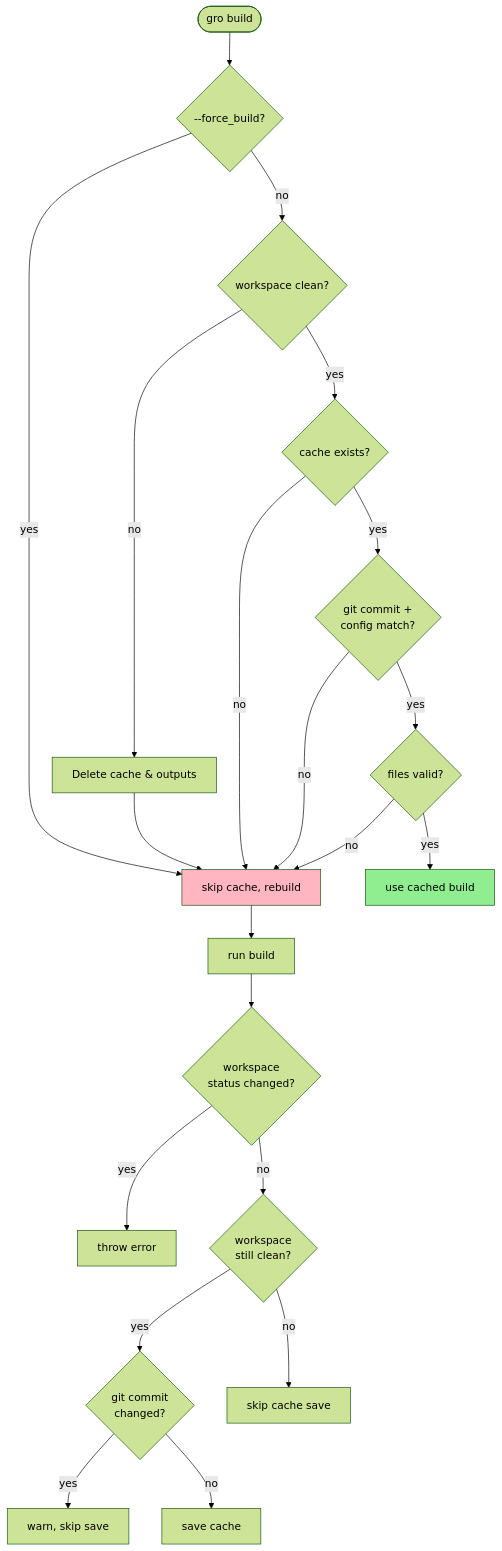
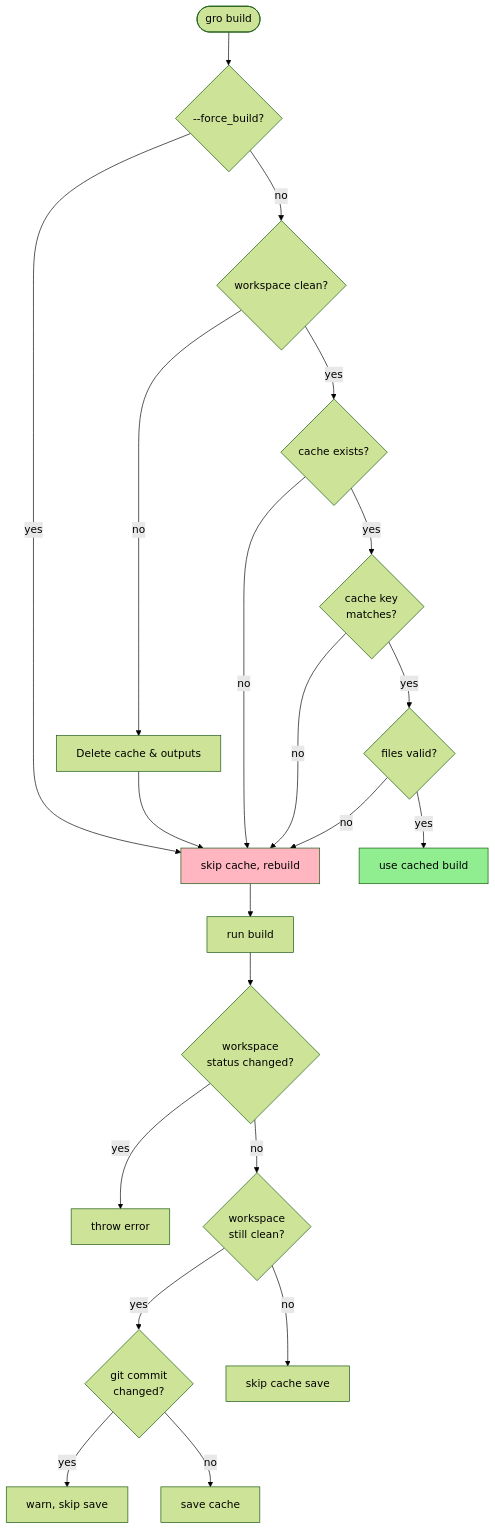
Before and after one commit to fuzdev/corpora: the diagram in collections/gro/src/docs/build.md, drawn with Mermaid (forest theme). The commit also changed other lines of this file and 5153 other files, not shown here.

````diff
--- a/collections/gro/src/docs/build.md
+++ b/collections/gro/src/docs/build.md
@@ -209,34 +238,34 @@
 ```mermaid
 flowchart TD
     Start([gro build]) --> Force{--force_build?}
     Force -->|yes| Rebuild[skip cache, rebuild]
     Force -->|no| Dirty{workspace clean?}
 
     Dirty -->|no| Clean[Delete cache & outputs]
     Clean --> Rebuild
 
     Dirty -->|yes| Load{cache exists?}
     Load -->|no| Rebuild
-    Load -->|yes| Keys{git commit +<br/>config match?}
+    Load -->|yes| Keys{cache key<br/>matches?}
 
     Keys -->|no| Rebuild
     Keys -->|yes| Valid{files valid?}
 
     Valid -->|no| Rebuild
     Valid -->|yes| Skip[use cached build]
 
     Rebuild --> Build[run build]
     Build --> Verify{workspace<br/>status changed?}
 
     Verify -->|yes| ThrowError[throw error]
     Verify -->|no| Save{workspace<br/>still clean?}
 
     Save -->|yes| Commit{git commit<br/>changed?}
     Save -->|no| SkipSave[skip cache save]
 
     Commit -->|yes| WarnSkip[warn, skip save]
     Commit -->|no| SaveCache[save cache]
 
     style Skip fill:#90EE90
     style Rebuild fill:#FFB6C1
 ```
````
